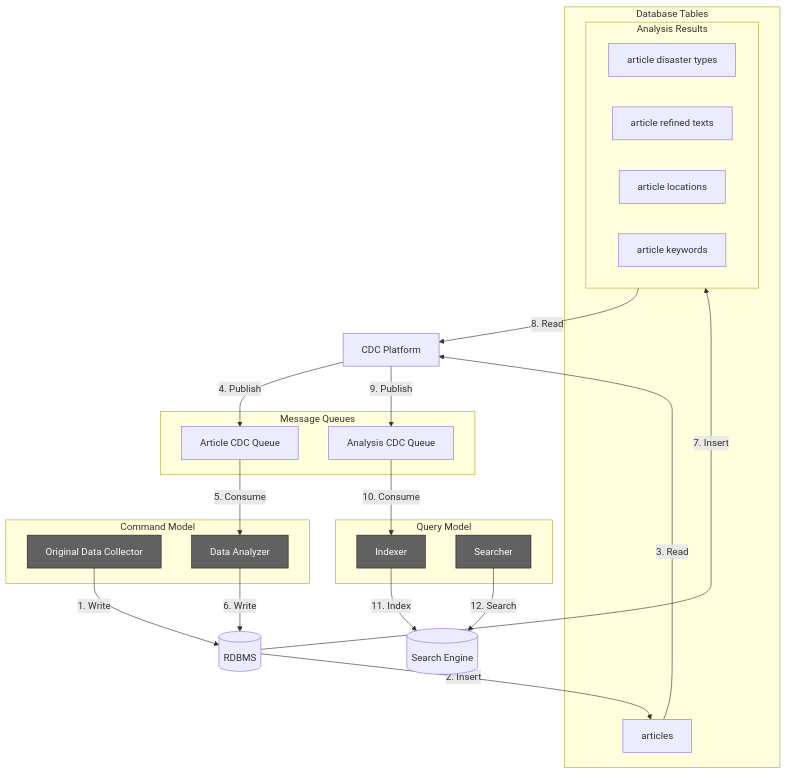
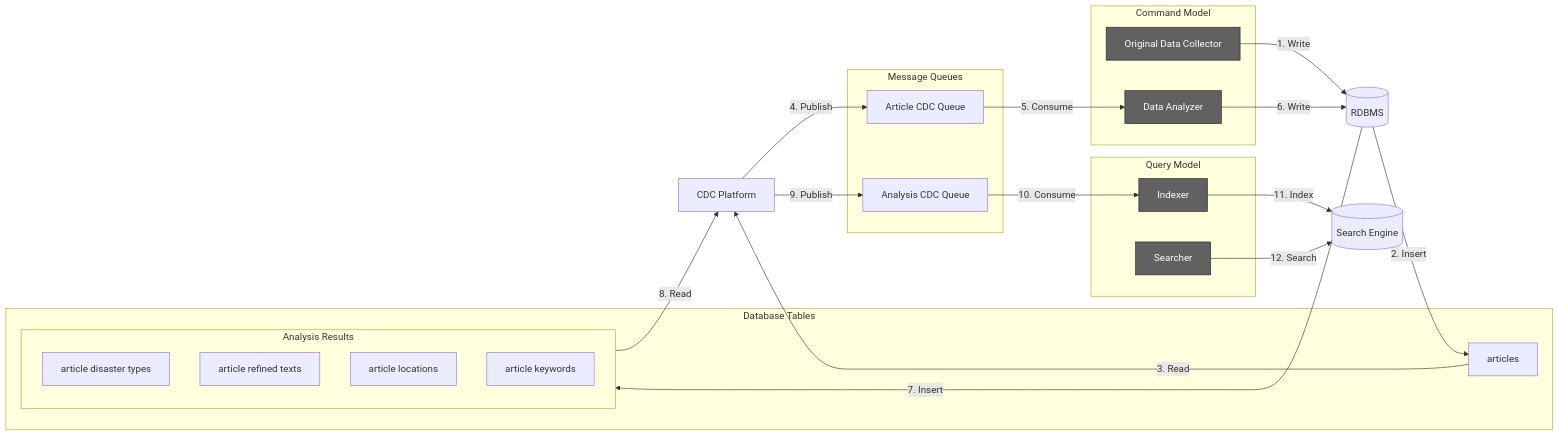
One commit to vonkernel/local-incident-tracker changed the first of 2 diagrams in README.md. Above: the diagram before and after it, drawn with Mermaid.

Commit message:
Change data flow diagram direction to left-right

````diff
--- a/README.md
+++ b/README.md
@@ -23,49 +23,49 @@
 ```mermaid
-flowchart TD
+flowchart LR
 
     subgraph Command [Command Model]
         ODC[Original Data Collector]
         DA[Data Analyzer]
     end
 
     subgraph Query [Query Model]
         IDX[Indexer]
         SRCH[Searcher]
     end
 
     RDBMS[(RDBMS)]
     CDC[CDC Platform]
     SE[(Search Engine)]
 
     subgraph Storage [Database Tables]
         articles[articles]
         subgraph Analysis_Tables [Analysis Results]
             ADT[article disaster types]
             ART[article refined texts]
             AL[article locations]
             AK[article keywords]
         end
     end
 
     subgraph Queues [Message Queues]
         AnaQ[Analysis CDC Queue]
         ArtQ[Article CDC Queue]
     end
 
     %% Flow connections
     ODC -- "1. Write" --> RDBMS
     RDBMS -- "2. Insert" --> articles
     articles -- "3. Read" --> CDC
     CDC -- "4. Publish" --> ArtQ
     ArtQ -- "5. Consume" --> DA
     DA -- "6. Write" --> RDBMS
     RDBMS -- "7. Insert" --> Analysis_Tables
     Analysis_Tables -- "8. Read" --> CDC
     CDC -- "9. Publish" --> AnaQ
     AnaQ -- "10. Consume" --> IDX
     IDX -- "11. Index" --> SE
     SRCH -- "12. Search" --> SE
 
     classDef app fill:#616161,stroke:#212121,color:#fff
     class ODC,DA,IDX,SRCH app
 ```
````
